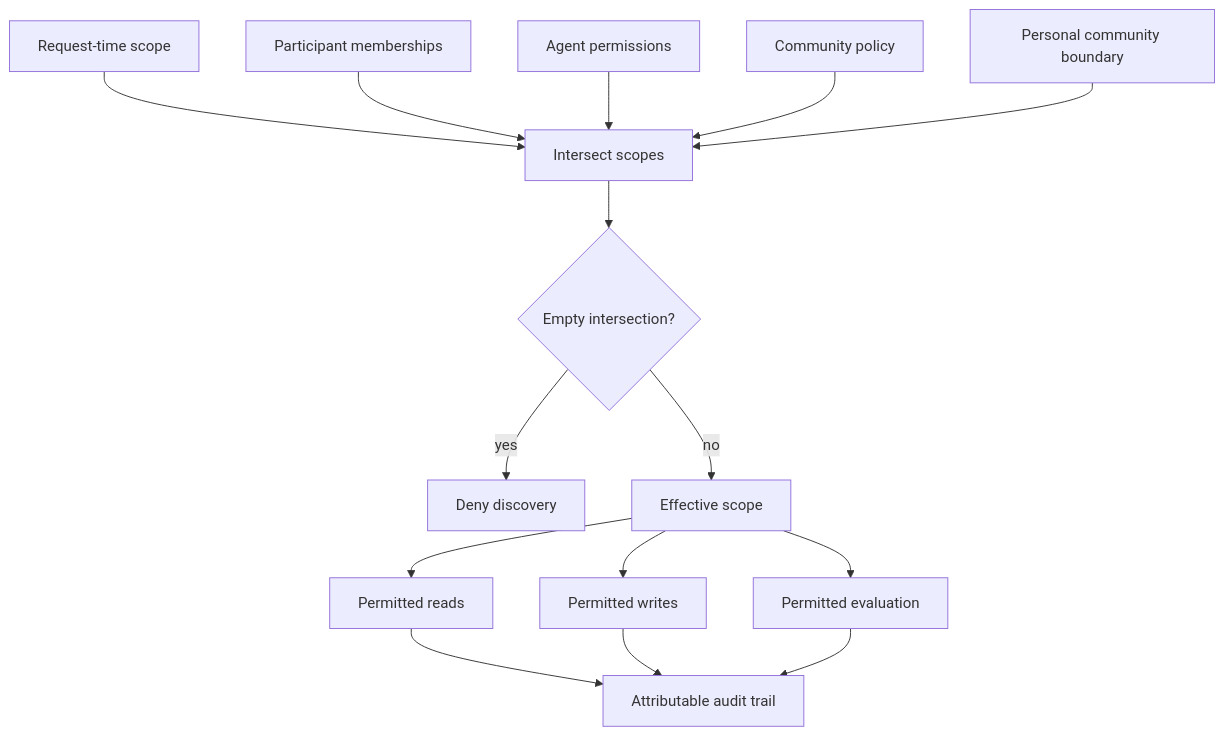
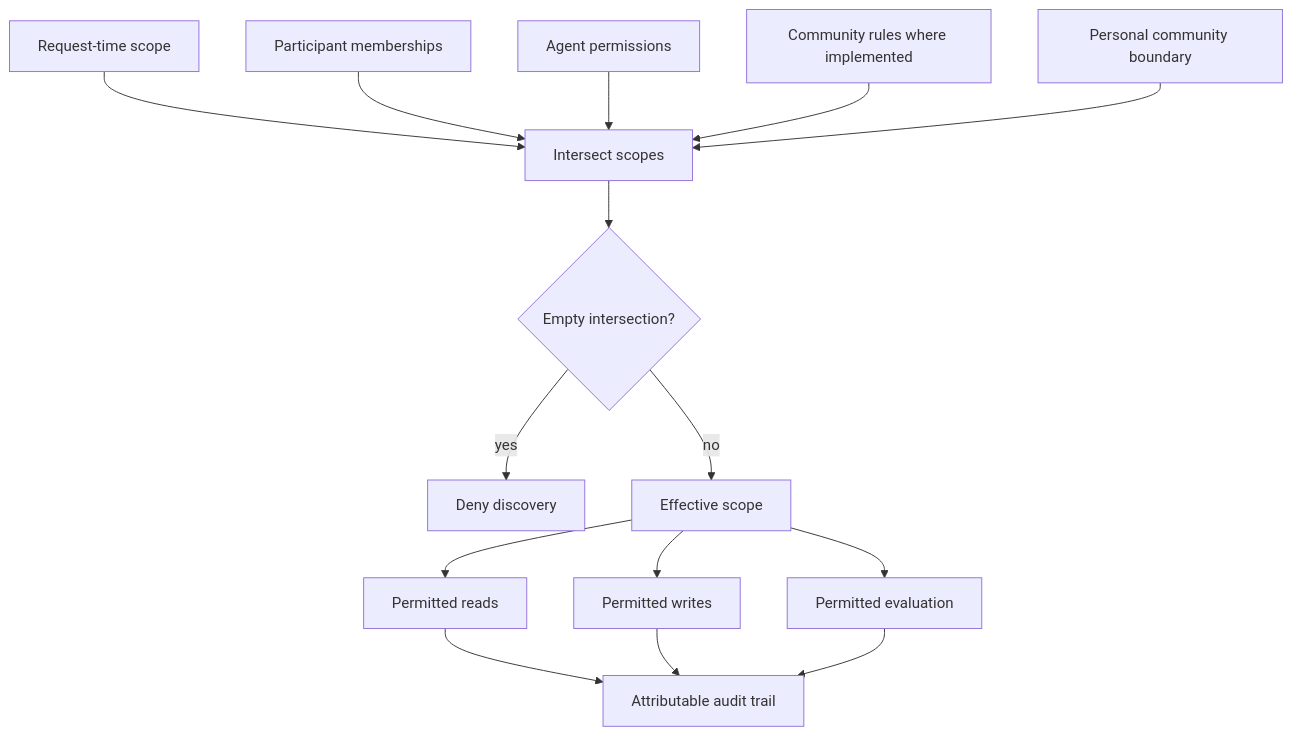
One commit to indexnetwork/index changed the third of 6 diagrams in packages/protocol/README.md. Above: the diagram before and after it, drawn with Mermaid. The commit also changed other lines of this file, not shown here.

````diff
--- a/packages/protocol/README.md
+++ b/packages/protocol/README.md
@@ -154,19 +157,19 @@
 ```mermaid
 flowchart TD
     Request[Request-time scope] --> Intersect[Intersect scopes]
     ParticipantMemberships[Participant memberships] --> Intersect
     AgentPermissions[Agent permissions] --> Intersect
-    CommunityPolicy[Community policy] --> Intersect
+    CommunityPolicy[Community rules where implemented] --> Intersect
     PersonalCommunity[Personal community boundary] --> Intersect
 
     Intersect --> Empty{Empty intersection?}
     Empty -->|yes| Deny[Deny discovery]
     Empty -->|no| EffectiveScope[Effective scope]
     EffectiveScope --> Reads[Permitted reads]
     EffectiveScope --> Writes[Permitted writes]
     EffectiveScope --> Evaluation[Permitted evaluation]
 
     Reads --> Audit[Attributable audit trail]
     Writes --> Audit
     Evaluation --> Audit
 ```
````
